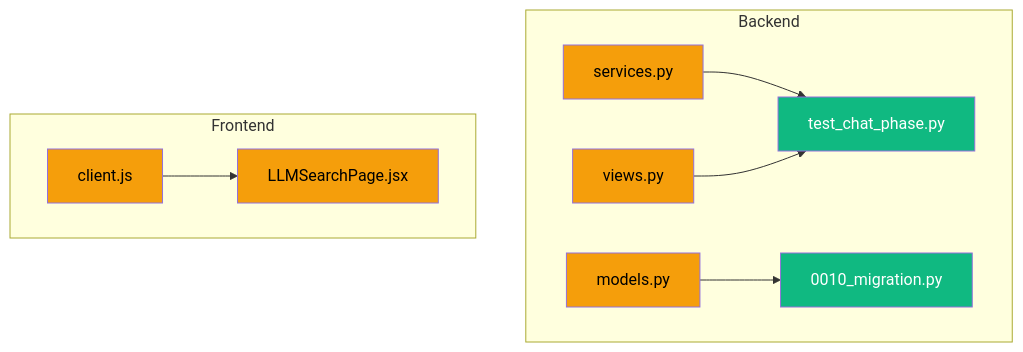
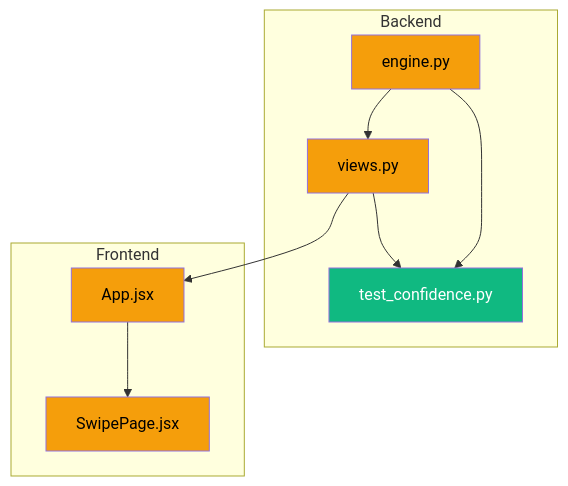
The fourth of 4 diagrams in .claude/Report.md (hongikarchi/archi-tinder), drawn with Mermaid before and after one commit. The commit also changed other lines of this file and 2 other files, not shown here.

````diff
--- a/.claude/Report.md
+++ b/.claude/Report.md
@@ -189,21 +189,20 @@
 ```mermaid
 graph TD
     subgraph Backend
-        services.py:::modified
+        engine.py:::modified
         views.py:::modified
-        models.py:::modified
-        test_chat_phase.py:::new
-        0010_migration.py:::new
+        test_confidence.py:::new
     end
     subgraph Frontend
-        client.js:::modified
-        LLMSearchPage.jsx:::modified
+        App.jsx:::modified
+        SwipePage.jsx:::modified
     end
-    services.py --> test_chat_phase.py
-    views.py --> test_chat_phase.py
-    models.py --> 0010_migration.py
-    client.js --> LLMSearchPage.jsx
+    engine.py --> views.py
+    engine.py --> test_confidence.py
+    views.py --> test_confidence.py
+    views.py --> App.jsx
+    App.jsx --> SwipePage.jsx
 
     classDef new fill:#10b981,color:#fff
     classDef modified fill:#f59e0b,color:#000
 ```
````
